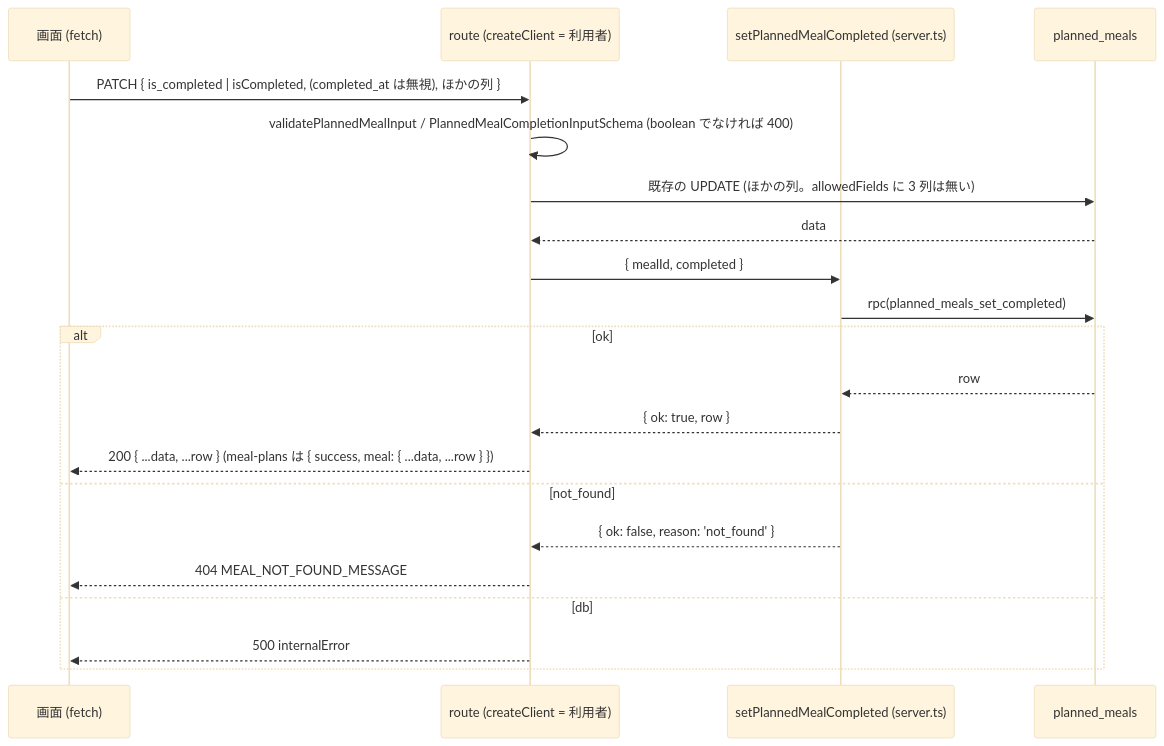
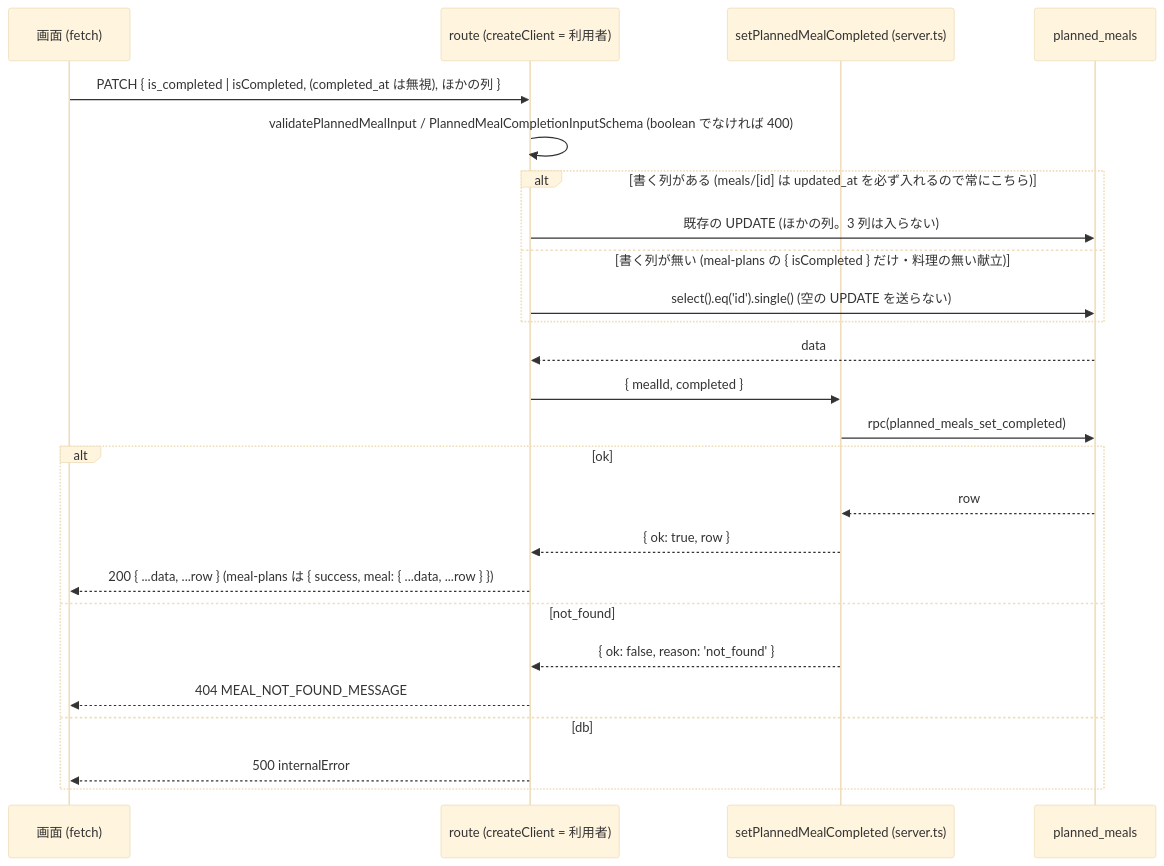
Before and after one commit to DaisukeHori/homegohan-app: the second of 4 diagrams in docs/design/cross/23-planned-meals-score-integrity.md, drawn with Mermaid (base theme). The commit also changed other lines of this file, not shown here.

Commit message:
docs(design): cross/23 修正 R1 (献立表の完了だけの本文で空の UPDATE を送らない・契約テストと走査テストの誤検出・value-checks の取りこぼし・削除した画面の注記)

````diff
--- a/docs/design/cross/23-planned-meals-score-integrity.md
+++ b/docs/design/cross/23-planned-meals-score-integrity.md
@@ -2198,23 +2336,27 @@
 ```mermaid
 sequenceDiagram
   participant C as 画面 (fetch)
   participant R as route (createClient = 利用者)
   participant S as setPlannedMealCompleted (server.ts)
   participant T as planned_meals
   C->>R: PATCH { is_completed | isCompleted, (completed_at は無視), ほかの列 }
   R->>R: validatePlannedMealInput / PlannedMealCompletionInputSchema (boolean でなければ 400)
-  R->>T: 既存の UPDATE (ほかの列。allowedFields に 3 列は無い)
+  alt 書く列がある (meals/[id] は updated_at を必ず入れるので常にこちら)
+    R->>T: 既存の UPDATE (ほかの列。3 列は入らない)
+  else 書く列が無い (meal-plans の { isCompleted } だけ・料理の無い献立)
+    R->>T: select().eq('id').single() (空の UPDATE を送らない)
+  end
   T-->>R: data
   R->>S: { mealId, completed }
   S->>T: rpc(planned_meals_set_completed)
   alt ok
     T-->>S: row
     S-->>R: { ok: true, row }
     R-->>C: 200 { ...data, ...row } (meal-plans は { success, meal: { ...data, ...row } })
   else not_found
     S-->>R: { ok: false, reason: 'not_found' }
     R-->>C: 404 MEAL_NOT_FOUND_MESSAGE
   else db
     R-->>C: 500 internalError
   end
 ```
````
